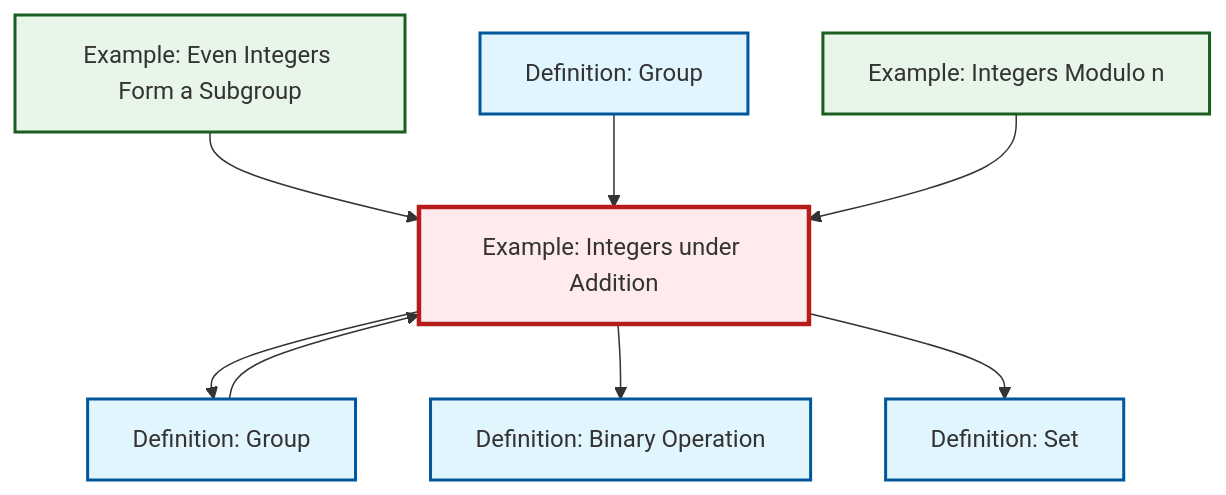
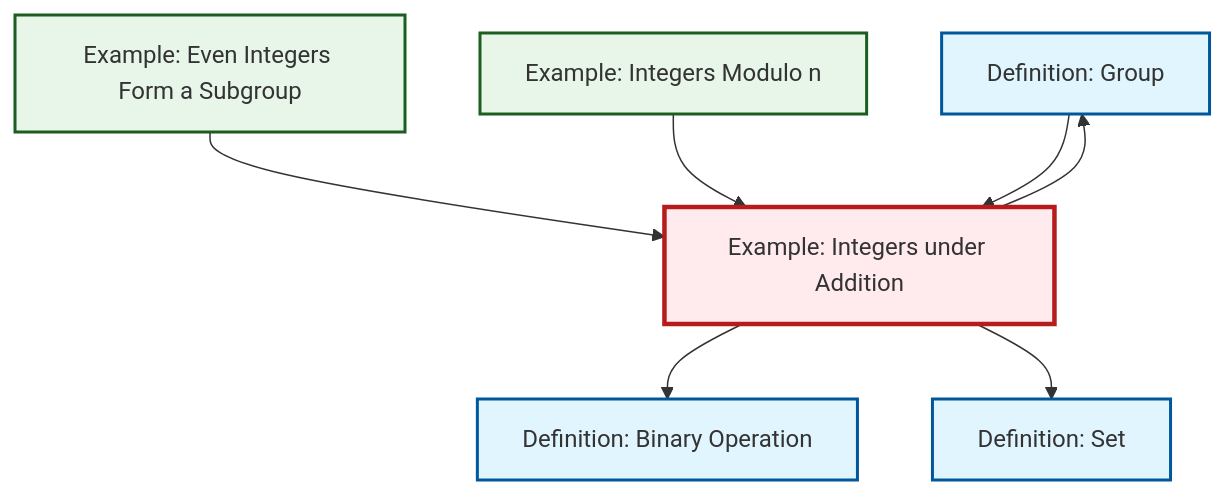
One commit to RK0429/ModernMath changed the diagram in content/en/algebra/ex-integers-addition.qmd. Above: the diagram before and after it, drawn with Mermaid. The commit also changed 530 other files, not shown here.

````diff
--- a/content/en/algebra/ex-integers-addition.qmd
+++ b/content/en/algebra/ex-integers-addition.qmd
@@ -71,30 +71,27 @@
 ```{mermaid}
 %%| fig-cap: "Local dependency graph"
 graph TD
     classDef definition fill:#e1f5fe,stroke:#01579b,stroke-width:2px
     classDef theorem fill:#f3e5f5,stroke:#4a148c,stroke-width:2px
     classDef axiom fill:#fff3e0,stroke:#e65100,stroke-width:2px
     classDef example fill:#e8f5e9,stroke:#1b5e20,stroke-width:2px
     classDef current fill:#ffebee,stroke:#b71c1c,stroke-width:3px
     def-set["Definition: Set"]:::definition
+    def-group["Definition: Group"]:::definition
+    ex-integers-addition["Example: Integers under Addition"]:::example
+    ex-even-integers-subgroup["Example: Even Integers Form a Subgroup"]:::example
+    ex-quotient-integers-mod-n["Example: Integers Modulo n"]:::example
     def-binary-operation["Definition: Binary Operation"]:::definition
-    ex-integers-addition["Example: Integers under Addition"]:::example
-    ex-quotient-integers-mod-n["Example: Integers Modulo n"]:::example
-    ex-even-integers-subgroup["Example: Even Integers Form a Subgroup"]:::example
-    def-group["Definition: Group"]:::definition
-    def-group-example["Definition: Group"]:::definition
+    ex-integers-addition --> def-binary-operation
     ex-even-integers-subgroup --> ex-integers-addition
-    def-group-example --> ex-integers-addition
+    ex-integers-addition --> def-set
     ex-quotient-integers-mod-n --> ex-integers-addition
+    def-group --> ex-integers-addition
     ex-integers-addition --> def-group
-    ex-integers-addition --> def-binary-operation
-    ex-integers-addition --> def-set
-    def-group --> ex-integers-addition
     class ex-integers-addition current
     click def-set "def-set.html" "Go to Set definition"
+    click def-group "def-group.html" "Go to Group definition"
+    click ex-even-integers-subgroup "ex-even-integers-subgroup.html" "Go to Even Integers Form a Subgroup example"
+    click ex-quotient-integers-mod-n "ex-quotient-integers-mod-n.html" "Go to Integers Modulo n example"
     click def-binary-operation "def-binary-operation.html" "Go to Binary Operation definition"
-    click ex-quotient-integers-mod-n "ex-quotient-integers-mod-n.html" "Go to Integers Modulo n example"
-    click ex-even-integers-subgroup "ex-even-integers-subgroup.html" "Go to Even Integers Form a Subgroup example"
-    click def-group "def-group.html" "Go to Group definition"
-    click def-group-example "def-group-example.html" "Go to Group definition"
 ```
````
